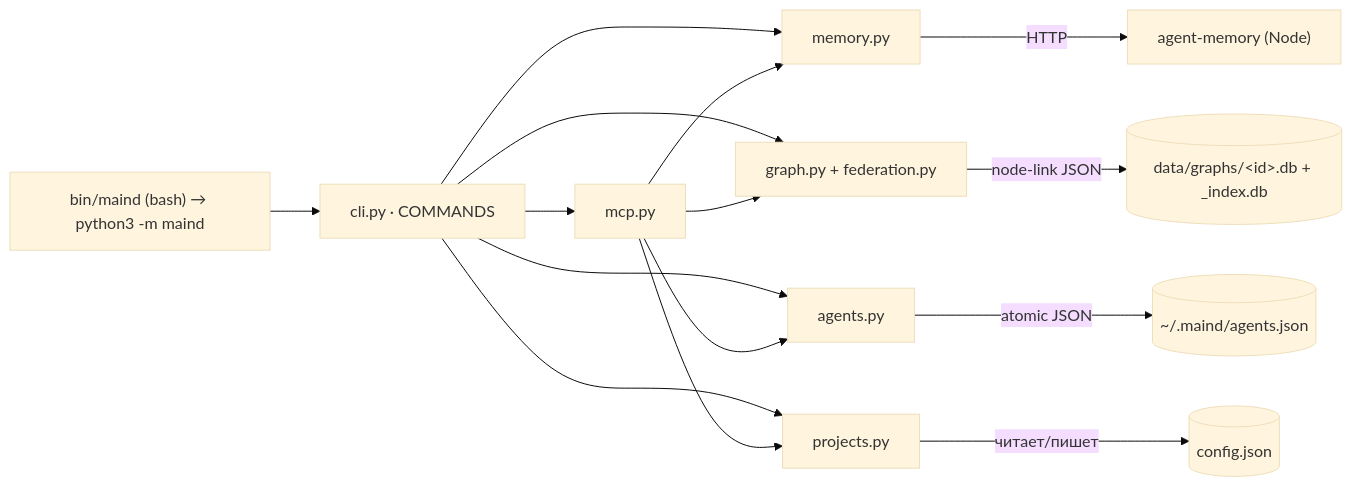
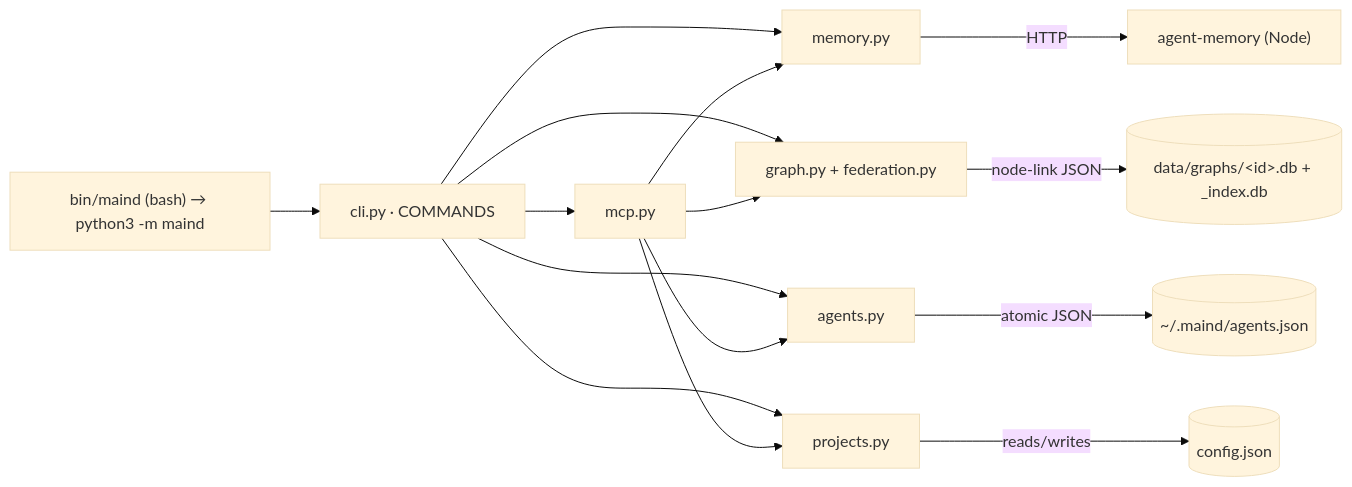
The second of 2 diagrams in packages/maind/docs/architecture.md (academici/swissknifeman), drawn with Mermaid (base theme) before and after one commit. The commit also changed other lines of this file and 1553 other files, not shown here.

````diff
--- a/packages/maind/docs/architecture.md
+++ b/packages/maind/docs/architecture.md
@@ -31,10 +31,10 @@
 ```mermaid
 flowchart LR
   CLI["bin/maind (bash) → python3 -m maind"] --> cli["cli.py · COMMANDS"]
   cli --> mem["memory.py"] & gr["graph.py + federation.py"] & ag["agents.py"] & pr["projects.py"] & mcp["mcp.py"]
   mem -->|HTTP| daemon["agent-memory (Node)"]
   gr -->|node-link JSON| db[("data/graphs/&lt;id&gt;.db + _index.db")]
   ag -->|atomic JSON| aj[("~/.maind/agents.json")]
-  pr -->|читает/пишет| cfg[("config.json")]
+  pr -->|reads/writes| cfg[("config.json")]
   mcp --> mem & gr & ag & pr
 ```
````
